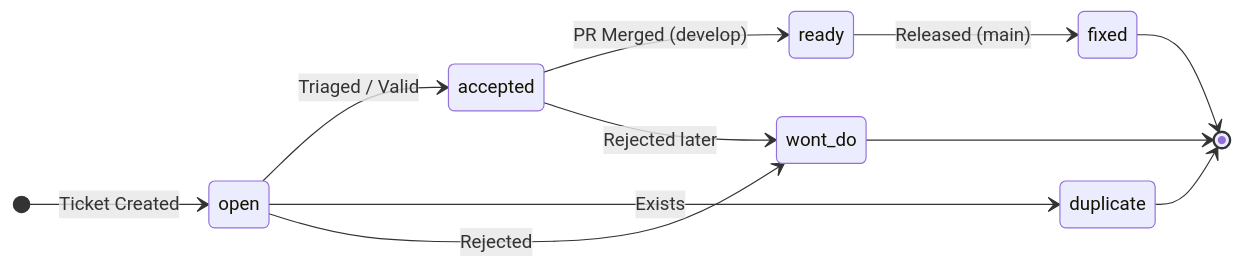
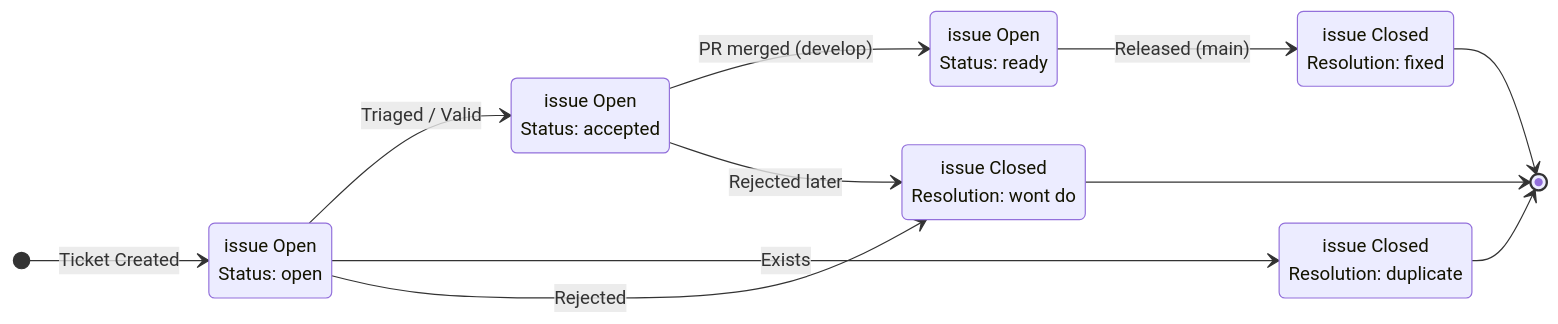
The diagram in CONTRIBUTING.md (naturelle137/AeroDash), drawn with Mermaid before and after one commit. The commit also changed other lines of this file and 1 other file, not shown here.

````diff
--- a/CONTRIBUTING.md
+++ b/CONTRIBUTING.md
@@ -182,16 +182,23 @@
 ```mermaid
 stateDiagram-v2
     direction LR
+    state "issue Open<br/>Status: open" as open
+    state "issue Open<br/>Status: accepted" as accepted
+    state "issue Open<br/>Status: ready" as ready
+    state "issue Closed<br/>Resolution: fixed" as fixed
+    state "issue Closed<br/>Resolution: duplicate" as duplicate
+    state "issue Closed<br/>Resolution: wont do" as wont_do
+
     [*] --> open : Ticket Created
     open --> accepted : Triaged / Valid
     open --> duplicate : Exists
     open --> wont_do : Rejected
 
-    accepted --> ready : PR Merged (develop)
+    accepted --> ready : PR merged (develop)
     accepted --> wont_do : Rejected later
 
     ready --> fixed : Released (main)
     fixed --> [*]
     duplicate --> [*]
     wont_do --> [*]
 ```
````
